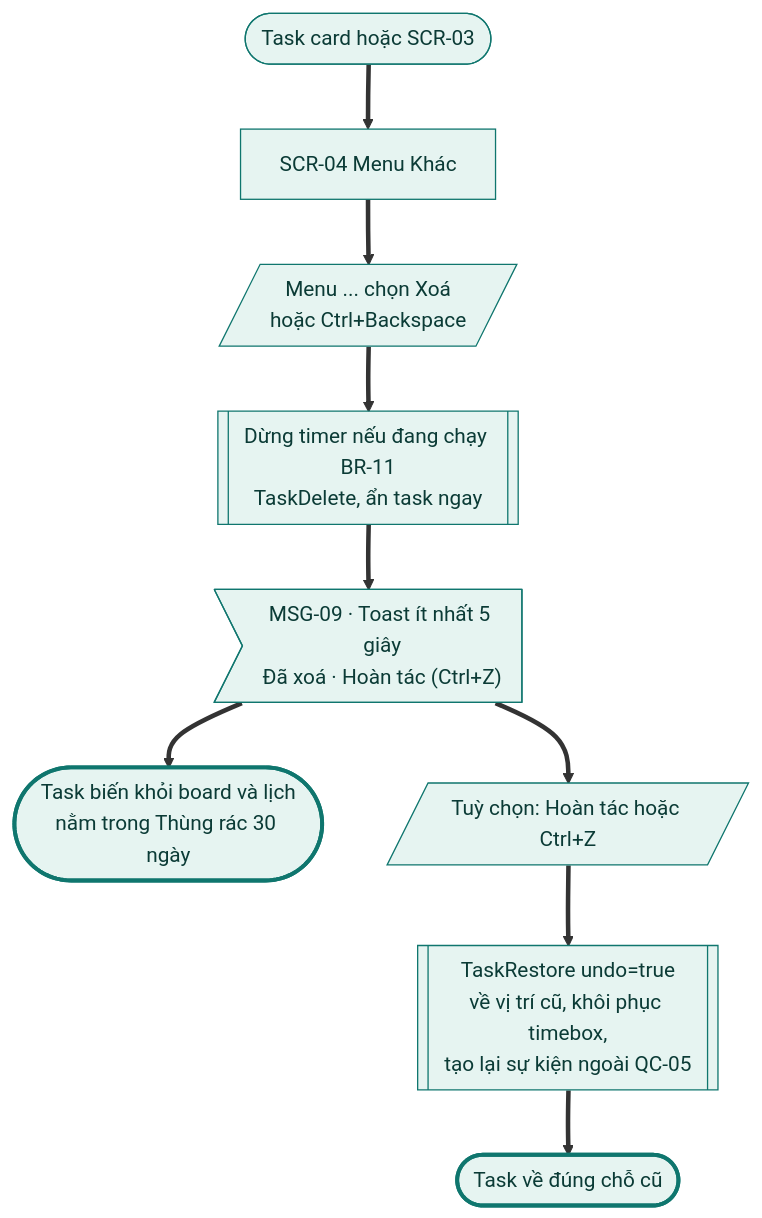
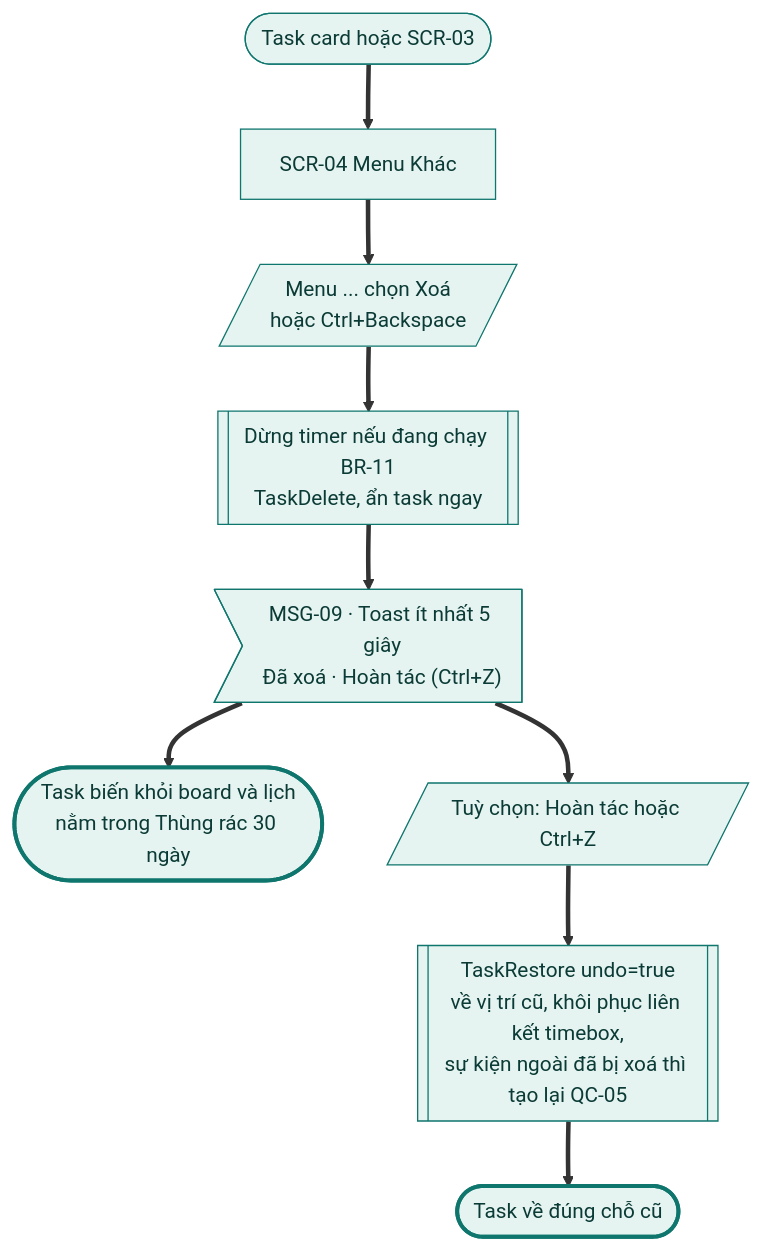
The eighth of 14 diagrams in docs/design-brief/flow/g02-quan-ly-task.md (tannguyenho/personal-app), drawn with Mermaid before and after one commit. The commit also changed other lines of this file and 6 other files, not shown here.

First line of the commit message:
docs: timebox liên kết sự kiện chỉ gỡ liên kết ở mọi đường (QC-05, B8)

````diff
--- a/docs/design-brief/flow/g02-quan-ly-task.md
+++ b/docs/design-brief/flow/g02-quan-ly-task.md
@@ -382,27 +382,27 @@
 ```mermaid
 flowchart TD
   start(["Task card hoặc SCR-03"])
   u1[/"Menu ... chọn Xoá<br/>hoặc Ctrl+Backspace"/]
   s0["SCR-04 Menu Khác"]
   p1[["Dừng timer nếu đang chạy BR-11<br/>TaskDelete, ẩn task ngay"]]
   m1>"MSG-09 · Toast ít nhất 5 giây<br/>Đã xoá · Hoàn tác (Ctrl+Z)"]
   ok(["Task biến khỏi board và lịch<br/>nằm trong Thùng rác 30 ngày"])
   u2[/"Tuỳ chọn: Hoàn tác hoặc Ctrl+Z"/]
-  p2[["TaskRestore undo=true<br/>về vị trí cũ, khôi phục timebox,<br/>tạo lại sự kiện ngoài QC-05"]]
+  p2[["TaskRestore undo=true<br/>về vị trí cũ, khôi phục liên kết timebox,<br/>sự kiện ngoài đã bị xoá thì tạo lại QC-05"]]
   ok2(["Task về đúng chỗ cũ"])
 
   start ==> s0 ==> u1 ==> p1 ==> m1 ==> ok
   m1 ==> u2 ==> p2 ==> ok2
 
   class start,s0,u1,p1,m1,u2,p2 happy
   class ok,ok2 done
   classDef happy fill:#E6F4F1,stroke:#0F766E,color:#0B3B36
   classDef alt fill:#F1F3F5,stroke:#6B7280,color:#1F2937
   classDef err fill:#FDECEC,stroke:#B42318,color:#5C1010
   classDef warn fill:#FEF4E2,stroke:#B45309,color:#4A2604
   classDef ai fill:#F1ECFD,stroke:#6D28D9,color:#2E1065
   classDef sync fill:#FFFFFF,stroke:#6B7280,stroke-dasharray:4 3,color:#1F2937
   classDef link fill:#FFFFFF,stroke:#0F766E,stroke-dasharray:4 3,color:#0B3B36
   classDef done fill:#E6F4F1,stroke:#0F766E,stroke-width:3px,color:#0B3B36
   classDef fail fill:#FDECEC,stroke:#B42318,stroke-width:3px,color:#5C1010
 ```
````
